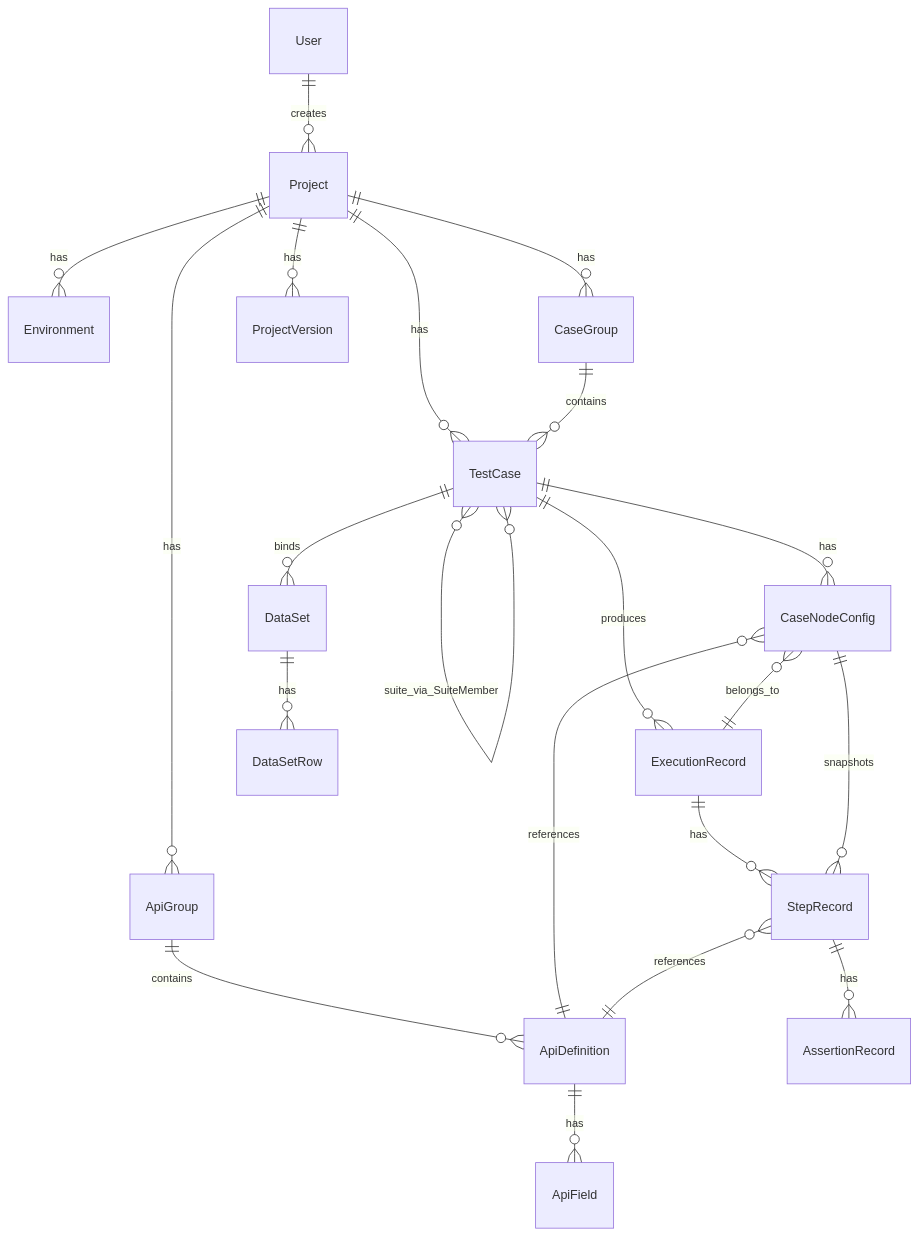
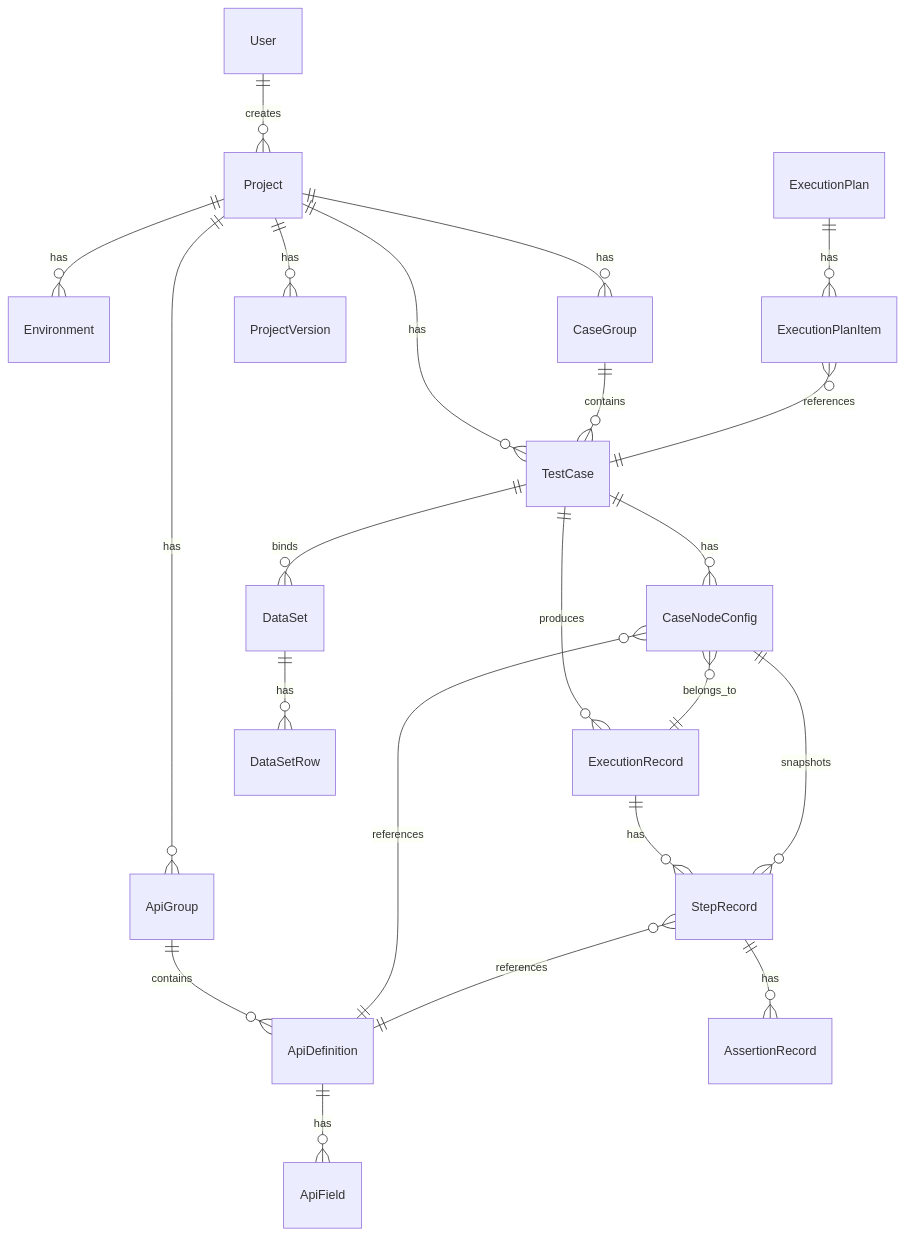
Before and after one commit to zl2237/fin-api-test: the fifth of 6 diagrams in docs/SYSTEM_DESIGN.md, drawn with Mermaid. The commit also changed other lines of this file and 7 other files, not shown here.

````diff
--- a/docs/SYSTEM_DESIGN.md
+++ b/docs/SYSTEM_DESIGN.md
@@ -547,27 +568,28 @@
 ```mermaid
 erDiagram
     User ||--o{ Project : creates
     Project ||--o{ Environment : has
     Project ||--o{ ApiGroup : has
     Project ||--o{ CaseGroup : has
     Project ||--o{ TestCase : has
     Project ||--o{ ProjectVersion : has
 
     ApiGroup ||--o{ ApiDefinition : contains
     ApiDefinition ||--o{ ApiField : has
 
     CaseGroup ||--o{ TestCase : contains
     TestCase ||--o{ CaseNodeConfig : has
     TestCase ||--o{ DataSet : binds
     TestCase ||--o{ ExecutionRecord : produces
-    TestCase }o--o{ TestCase : suite_via_SuiteMember
+    ExecutionPlan ||--o{ ExecutionPlanItem : has
+    ExecutionPlanItem }o--|| TestCase : references
 
     DataSet ||--o{ DataSetRow : has
     CaseNodeConfig }o--|| ApiDefinition : references
     CaseNodeConfig }o--|| ExecutionRecord : belongs_to
 
     ExecutionRecord ||--o{ StepRecord : has
     StepRecord ||--o{ AssertionRecord : has
     StepRecord }o--|| CaseNodeConfig : snapshots
     StepRecord }o--|| ApiDefinition : references
 ```
````
